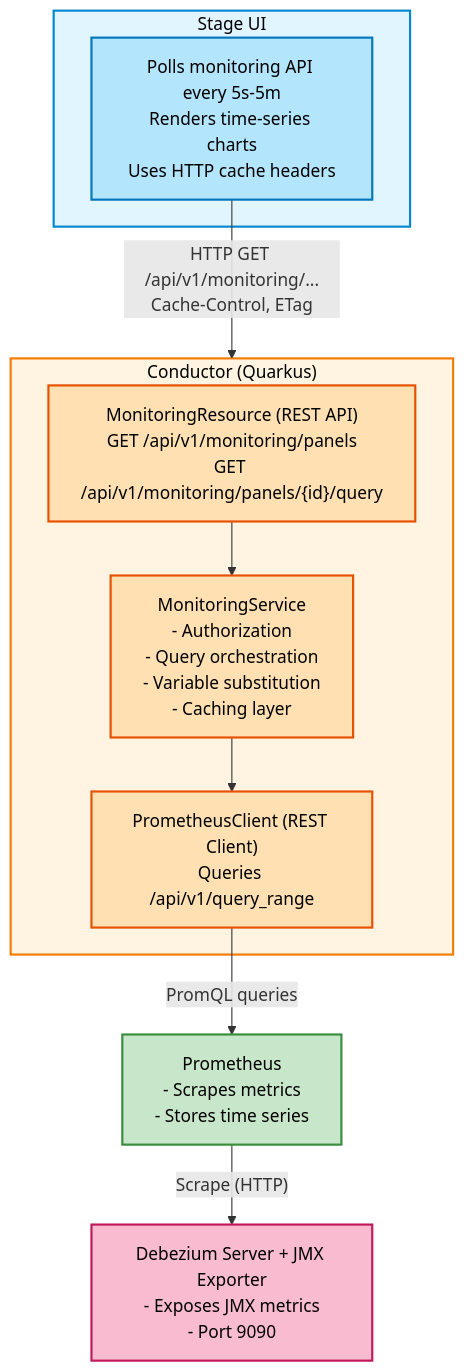
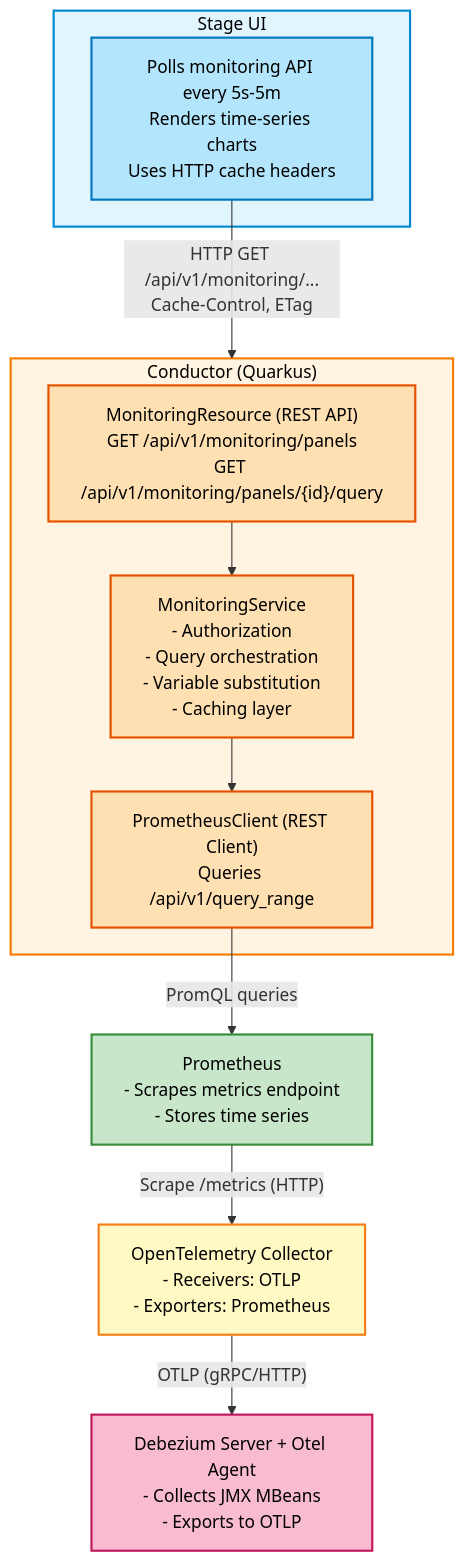
Before and after one commit to debezium/debezium-design-documents: the first of 2 diagrams in DDD-38.md, drawn with Mermaid. The commit also changed other lines of this file, not shown here.

Commit message:
DDD-38 Switch solution to Otel

````diff
--- a/DDD-38.md
+++ b/DDD-38.md
@@ -46,31 +47,34 @@
 ```mermaid
 graph TB
     subgraph UI["Stage UI"]
         UI1["Polls monitoring API every 5s-5m<br/>Renders time-series charts<br/>Uses HTTP cache headers"]
     end
     
     subgraph Conductor["Conductor (Quarkus)"]
         API["MonitoringResource (REST API)<br/>GET /api/v1/monitoring/panels<br/>GET /api/v1/monitoring/panels/{id}/query"]
         Service["MonitoringService<br/>- Authorization<br/>- Query orchestration<br/>- Variable substitution<br/>- Caching layer"]
         Client["PrometheusClient (REST Client)<br/>Queries /api/v1/query_range"]
         
         API --> Service
         Service --> Client
     end
     
-    Prom["Prometheus<br/>- Scrapes metrics<br/>- Stores time series"]
-    DBZ["Debezium Server + JMX Exporter<br/>- Exposes JMX metrics<br/>- Port 9090"]
+    Prom["Prometheus<br/>- Scrapes metrics endpoint<br/>- Stores time series"]
+    OtelCol["OpenTelemetry Collector<br/>- Receivers: OTLP<br/>- Exporters: Prometheus"]
+    DBZ["Debezium Server + Otel Agent<br/>- Collects JMX MBeans<br/>- Exports to OTLP"]
     
     UI1 -->|"HTTP GET /api/v1/monitoring/...<br/>Cache-Control, ETag"| Conductor
     Client -->|"PromQL queries"| Prom
-    Prom -->|"Scrape (HTTP)"| DBZ
+    Prom -->|"Scrape /metrics (HTTP)"| OtelCol
+    OtelCol -->|"OTLP (gRPC/HTTP)"| DBZ
     
     style UI fill:#e1f5ff,stroke:#0288d1,stroke-width:2px,color:#000000
     style Conductor fill:#fff4e1,stroke:#f57c00,stroke-width:2px,color:#000000
     style UI1 fill:#b3e5fc,stroke:#0277bd,stroke-width:2px,color:#000000
     style API fill:#ffe0b2,stroke:#e65100,stroke-width:2px,color:#000000
     style Service fill:#ffe0b2,stroke:#e65100,stroke-width:2px,color:#000000
     style Client fill:#ffe0b2,stroke:#e65100,stroke-width:2px,color:#000000
     style Prom fill:#c8e6c9,stroke:#388e3c,stroke-width:2px,color:#000000
+    style OtelCol fill:#fff9c4,stroke:#f57f17,stroke-width:2px,color:#000000
     style DBZ fill:#f8bbd0,stroke:#c2185b,stroke-width:2px,color:#000000
 ```
````
